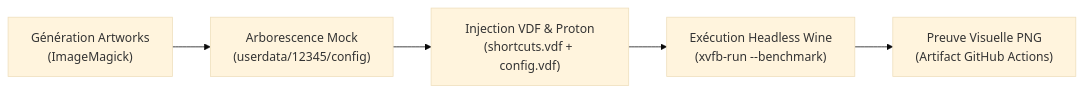
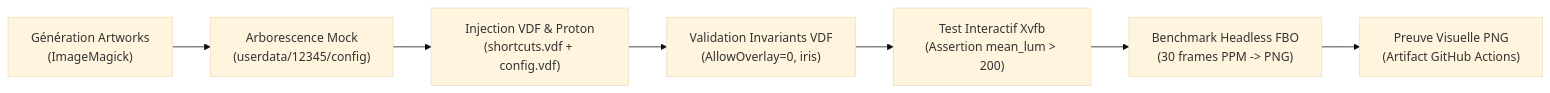
One commit to yoyonel-lab/suckless-odin changed the second of 2 diagrams in docs/steam-integration-and-proton-guide.md. Above: the diagram before and after it, drawn with Mermaid (base theme). The commit also changed other lines of this file and 2 other files, not shown here.

````diff
--- a/docs/steam-integration-and-proton-guide.md
+++ b/docs/steam-integration-and-proton-guide.md
@@ -189,7 +189,9 @@
 ```mermaid
 flowchart LR
     A["Génération Artworks<br/>(ImageMagick)"] --> B["Arborescence Mock<br/>(userdata/12345/config)"]
     B --> C["Injection VDF & Proton<br/>(shortcuts.vdf + config.vdf)"]
-    C --> D["Exécution Headless Wine<br/>(xvfb-run --benchmark)"]
-    D --> E["Preuve Visuelle PNG<br/>(Artifact GitHub Actions)"]
+    C --> D["Validation Invariants VDF<br/>(AllowOverlay=0, iris)"]
+    D --> E["Test Interactif Xvfb<br/>(Assertion mean_lum > 200)"]
+    E --> F["Benchmark Headless FBO<br/>(30 frames PPM -> PNG)"]
+    F --> G["Preuve Visuelle PNG<br/>(Artifact GitHub Actions)"]
 ```
````
